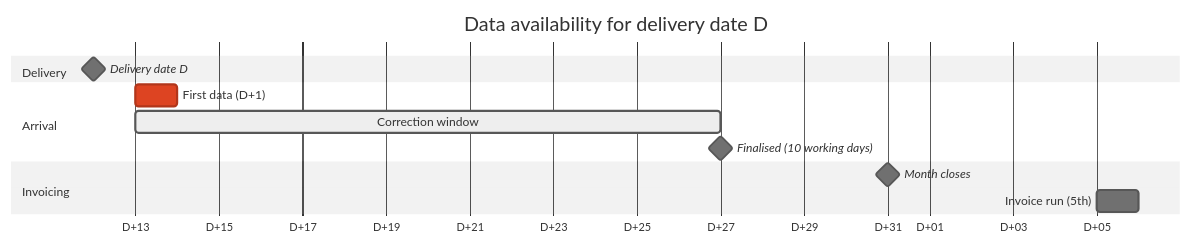
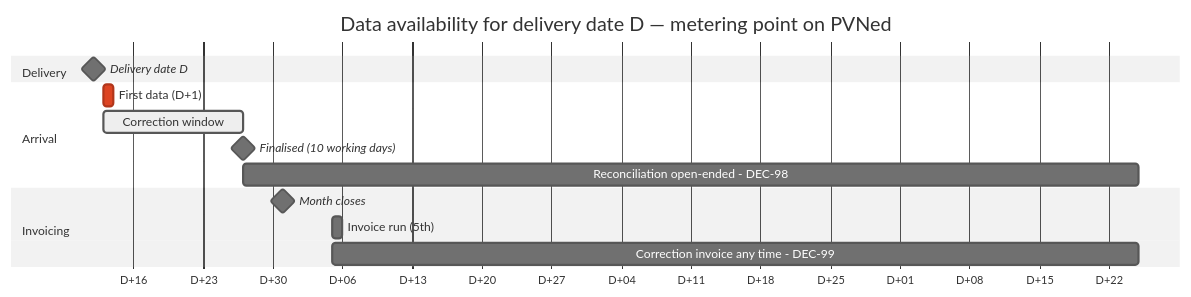
Before and after one commit to lukastosic-ifd/peakpowerspecs: the fourth of 4 diagrams in specs/40-processes/02-metering-data-flow.md, drawn with Mermaid (neutral theme). The commit also changed other lines of this file and 66 other files, not shown here.

````diff
--- a/specs/40-processes/02-metering-data-flow.md
+++ b/specs/40-processes/02-metering-data-flow.md
@@ -186,18 +286,20 @@
 ```mermaid
 gantt
-    title Data availability for delivery date D
+    title Data availability for delivery date D — metering point on PVNed
     dateFormat YYYY-MM-DD
     axisFormat D+%d
 
     section Delivery
     Delivery date D            :milestone, 2026-08-12, 0d
 
     section Arrival
     First data (D+1)           :crit, a1, 2026-08-13, 1d
     Correction window          :active, a2, 2026-08-13, 14d
     Finalised (10 working days):milestone, 2026-08-27, 0d
+    Reconciliation open-ended - DEC-98 :a3, 2026-08-27, 90d
 
     section Invoicing
     Month closes               :milestone, 2026-08-31, 0d
     Invoice run (5th)          :b1, 2026-09-05, 1d
+    Correction invoice any time - DEC-99 :b2, 2026-09-05, 81d
 ```
````
